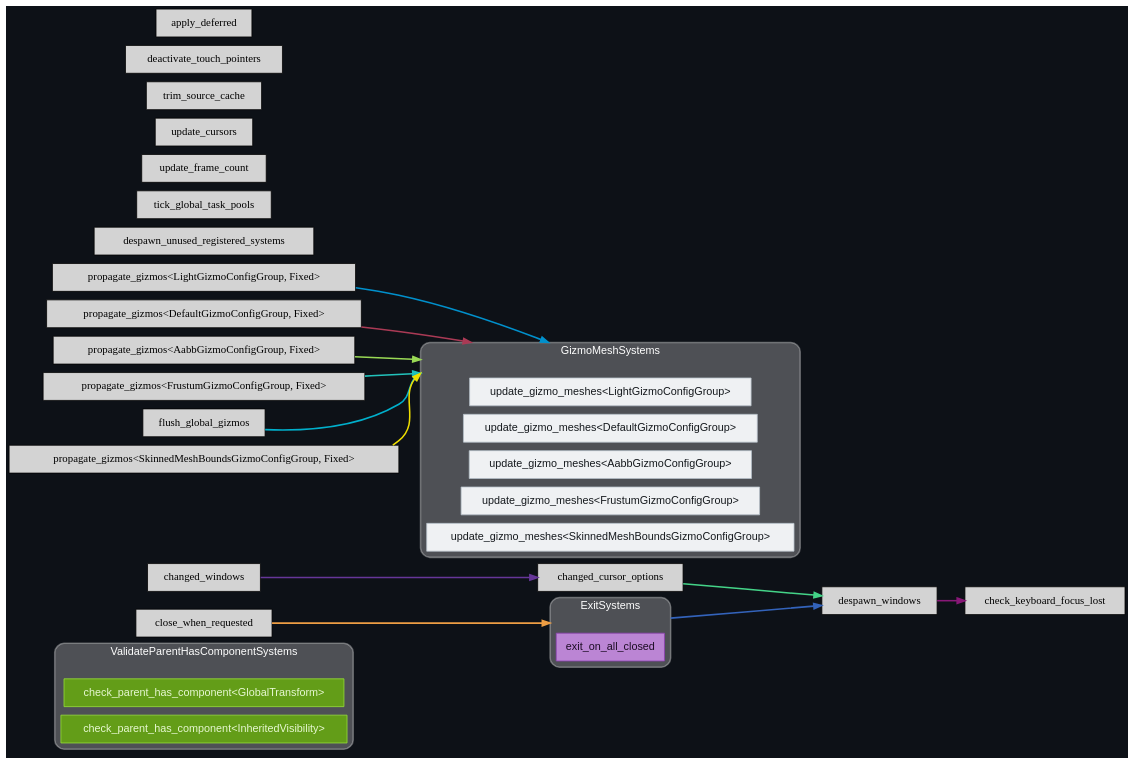
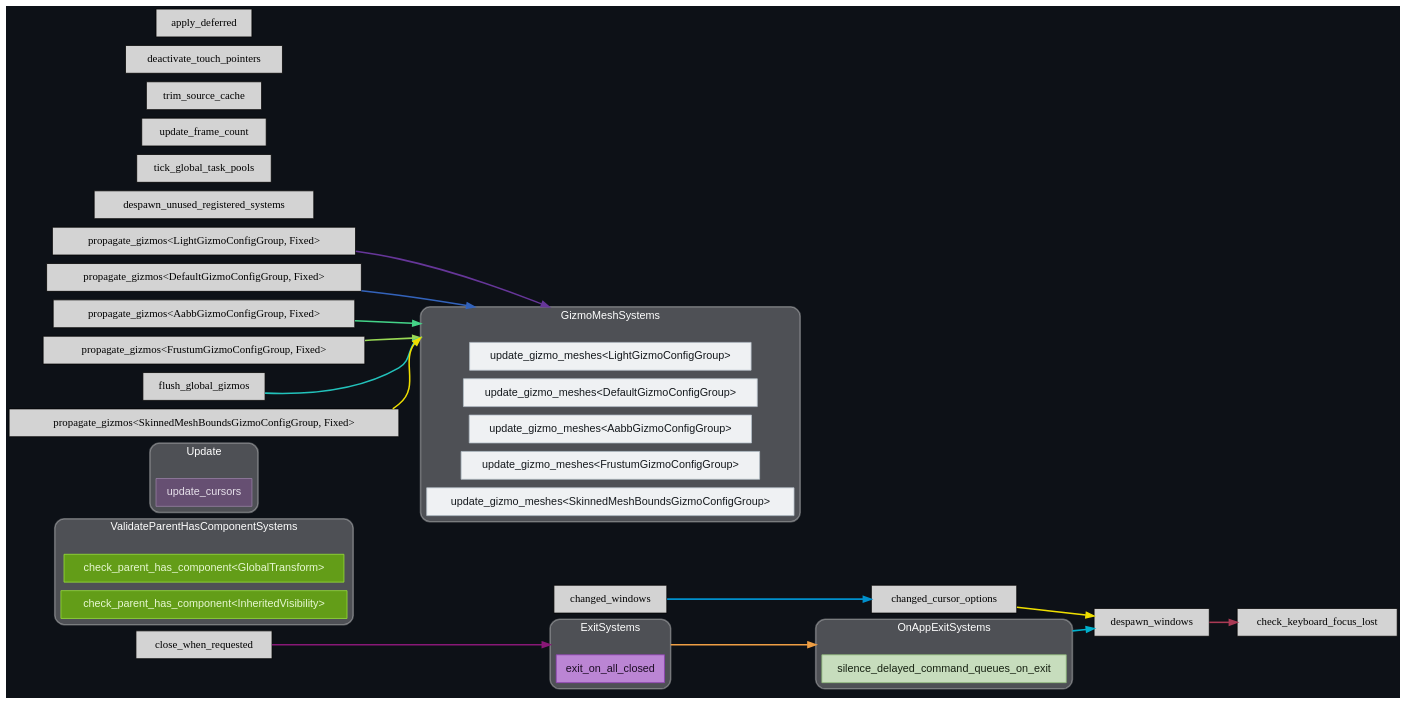
Before and after one commit to jakobhellermann/bevy_mod_debugdump: the diagram in docs/schedule/dark/schedule_Last.dot, drawn with Graphviz. The commit also changed 74 other files, not shown here.

```diff
--- a/docs/schedule/dark/schedule_Last.dot
+++ b/docs/schedule/dark/schedule_Last.dot
@@ -9,18 +9,30 @@
 	node ["shape"="box", "style"="filled"];
 	subgraph "clusternode_Set(SystemSetKey(5v1))" {
 		"style"="rounded,filled";
+		"label"="OnAppExitSystems";
+		"tooltip"="OnAppExitSystems";
+		"fillcolor"="#ffffff44";
+		"fontcolor"="#ffffff";
+		"color"="#ffffff50";
+		"penwidth"="2";
+		"set_marker_node_Set(SystemSetKey(5v1))" ["style"="invis", "label"="", "shape"="point"]
+		"node_System(SystemKey(4v1))" ["label"="silence_delayed_command_queues_on_exit", "tooltip"="bevy_time::delayed_commands::silence_delayed_command_queues_on_exit", "fillcolor"="#c7ddbd", "fontname"="Helvetica", "fontcolor"="#162111", "color"="#8dba79", "penwidth"="1"]
+	}
+	
+	subgraph "clusternode_Set(SystemSetKey(7v1))" {
+		"style"="rounded,filled";
 		"label"="ValidateParentHasComponentSystems";
 		"tooltip"="ValidateParentHasComponentSystems";
 		"fillcolor"="#ffffff44";
 		"fontcolor"="#ffffff";
 		"color"="#ffffff50";
 		"penwidth"="2";
-		"set_marker_node_Set(SystemSetKey(5v1))" ["style"="invis", "label"="", "shape"="point"]
-		"node_System(SystemKey(4v1))" ["label"="check_parent_has_component<GlobalTransform>", "tooltip"="bevy_app::hierarchy::check_parent_has_component<bevy_transform::components::global_transform::GlobalTransform>", "fillcolor"="#639d18", "fontname"="Helvetica", "fontcolor"="#e7f8d2", "color"="#98e03a", "penwidth"="1"]
-		"node_System(SystemKey(12v1))" ["label"="check_parent_has_component<InheritedVisibility>", "tooltip"="bevy_app::hierarchy::check_parent_has_component<bevy_camera::visibility::InheritedVisibility>", "fillcolor"="#639d18", "fontname"="Helvetica", "fontcolor"="#e7f8d2", "color"="#98e03a", "penwidth"="1"]
+		"set_marker_node_Set(SystemSetKey(7v1))" ["style"="invis", "label"="", "shape"="point"]
+		"node_System(SystemKey(5v1))" ["label"="check_parent_has_component<GlobalTransform>", "tooltip"="bevy_app::hierarchy::check_parent_has_component<bevy_transform::components::global_transform::GlobalTransform>", "fillcolor"="#639d18", "fontname"="Helvetica", "fontcolor"="#e7f8d2", "color"="#98e03a", "penwidth"="1"]
+		"node_System(SystemKey(13v1))" ["label"="check_parent_has_component<InheritedVisibility>", "tooltip"="bevy_app::hierarchy::check_parent_has_component<bevy_camera::visibility::InheritedVisibility>", "fillcolor"="#639d18", "fontname"="Helvetica", "fontcolor"="#e7f8d2", "color"="#98e03a", "penwidth"="1"]
 	}
 	
-	subgraph "clusternode_Set(SystemSetKey(7v1))" {
+	subgraph "clusternode_Set(SystemSetKey(9v1))" {
 		"style"="rounded,filled";
 		"label"="ExitSystems";
 		"tooltip"="ExitSystems";
@@ -28,11 +40,23 @@
 		"fontcolor"="#ffffff";
 		"color"="#ffffff50";
 		"penwidth"="2";
-		"set_marker_node_Set(SystemSetKey(7v1))" ["style"="invis", "label"="", "shape"="point"]
-		"node_System(SystemKey(5v1))" ["label"="exit_on_all_closed", "tooltip"="bevy_window::system::exit_on_all_closed", "fillcolor"="#bb85d4", "fontname"="Helvetica", "fontcolor"="#1d0d25", "color"="#8e3fb3", "penwidth"="1"]
+		"set_marker_node_Set(SystemSetKey(9v1))" ["style"="invis", "label"="", "shape"="point"]
+		"node_System(SystemKey(6v1))" ["label"="exit_on_all_closed", "tooltip"="bevy_window::system::exit_on_all_closed", "fillcolor"="#bb85d4", "fontname"="Helvetica", "fontcolor"="#1d0d25", "color"="#8e3fb3", "penwidth"="1"]
 	}
 	
 	subgraph "clusternode_Set(SystemSetKey(16v1))" {
+		"style"="rounded,filled";
+		"label"="Update";
+		"tooltip"="Update";
+		"fillcolor"="#ffffff44";
+		"fontcolor"="#ffffff";
+		"color"="#ffffff50";
+		"penwidth"="2";
+		"set_marker_node_Set(SystemSetKey(16v1))" ["style"="invis", "label"="", "shape"="point"]
+		"node_System(SystemKey(12v1))" ["label"="update_cursors", "tooltip"="bevy_winit::cursor::update_cursors", "fillcolor"="#664f72", "fontname"="Helvetica", "fontcolor"="#e6e0ea", "color"="#9980a6", "penwidth"="1"]
+	}
+	
+	subgraph "clusternode_Set(SystemSetKey(19v1))" {
 		"style"="rounded,filled";
 		"label"="GizmoMeshSystems";
 		"tooltip"="GizmoMeshSystems";
@@ -40,41 +64,41 @@
 		"fontcolor"="#ffffff";
 		"color"="#ffffff50";
 		"penwidth"="2";
-		"set_marker_node_Set(SystemSetKey(16v1))" ["style"="invis", "label"="", "shape"="point"]
-		"node_System(SystemKey(14v1))" ["label"="update_gizmo_meshes<LightGizmoConfigGroup>", "tooltip"="bevy_gizmos::update_gizmo_meshes<bevy_light::gizmos::LightGizmoConfigGroup>", "fillcolor"="#eff1f3", "fontname"="Helvetica", "fontcolor"="#15191d", "color"="#b4bec7", "penwidth"="1"]
-		"node_System(SystemKey(17v1))" ["label"="update_gizmo_meshes<DefaultGizmoConfigGroup>", "tooltip"="bevy_gizmos::update_gizmo_meshes<bevy_gizmos::config::DefaultGizmoConfigGroup>", "fillcolor"="#eff1f3", "fontname"="Helvetica", "fontcolor"="#15191d", "color"="#b4bec7", "penwidth"="1"]
-		"node_System(SystemKey(19v1))" ["label"="update_gizmo_meshes<AabbGizmoConfigGroup>", "tooltip"="bevy_gizmos::update_gizmo_meshes<bevy_gizmos::aabb::AabbGizmoConfigGroup>", "fillcolor"="#eff1f3", "fontname"="Helvetica", "fontcolor"="#15191d", "color"="#b4bec7", "penwidth"="1"]
-		"node_System(SystemKey(21v1))" ["label"="update_gizmo_meshes<FrustumGizmoConfigGroup>", "tooltip"="bevy_gizmos::update_gizmo_meshes<bevy_gizmos::frustum::FrustumGizmoConfigGroup>", "fillcolor"="#eff1f3", "fontname"="Helvetica", "fontcolor"="#15191d", "color"="#b4bec7", "penwidth"="1"]
-		"node_System(SystemKey(24v1))" ["label"="update_gizmo_meshes<SkinnedMeshBoundsGizmoConfigGroup>", "tooltip"="bevy_gizmos::update_gizmo_meshes<bevy_gizmos::skinned_mesh_bounds::SkinnedMeshBoundsGizmoConfigGroup>", "fillcolor"="#eff1f3", "fontname"="Helvetica", "fontcolor"="#15191d", "color"="#b4bec7", "penwidth"="1"]
+		"set_marker_node_Set(SystemSetKey(19v1))" ["style"="invis", "label"="", "shape"="point"]
+		"node_System(SystemKey(15v1))" ["label"="update_gizmo_meshes<LightGizmoConfigGroup>", "tooltip"="bevy_gizmos::update_gizmo_meshes<bevy_light::gizmos::LightGizmoConfigGroup>", "fillcolor"="#eff1f3", "fontname"="Helvetica", "fontcolor"="#15191d", "color"="#b4bec7", "penwidth"="1"]
+		"node_System(SystemKey(18v1))" ["label"="update_gizmo_meshes<DefaultGizmoConfigGroup>", "tooltip"="bevy_gizmos::update_gizmo_meshes<bevy_gizmos::config::DefaultGizmoConfigGroup>", "fillcolor"="#eff1f3", "fontname"="Helvetica", "fontcolor"="#15191d", "color"="#b4bec7", "penwidth"="1"]
+		"node_System(SystemKey(20v1))" ["label"="update_gizmo_meshes<AabbGizmoConfigGroup>", "tooltip"="bevy_gizmos::update_gizmo_meshes<bevy_gizmos::aabb::AabbGizmoConfigGroup>", "fillcolor"="#eff1f3", "fontname"="Helvetica", "fontcolor"="#15191d", "color"="#b4bec7", "penwidth"="1"]
+		"node_System(SystemKey(22v1))" ["label"="update_gizmo_meshes<FrustumGizmoConfigGroup>", "tooltip"="bevy_gizmos::update_gizmo_meshes<bevy_gizmos::frustum::FrustumGizmoConfigGroup>", "fillcolor"="#eff1f3", "fontname"="Helvetica", "fontcolor"="#15191d", "color"="#b4bec7", "penwidth"="1"]
+		"node_System(SystemKey(25v1))" ["label"="update_gizmo_meshes<SkinnedMeshBoundsGizmoConfigGroup>", "tooltip"="bevy_gizmos::update_gizmo_meshes<bevy_gizmos::skinned_mesh_bounds::SkinnedMeshBoundsGizmoConfigGroup>", "fillcolor"="#eff1f3", "fontname"="Helvetica", "fontcolor"="#15191d", "color"="#b4bec7", "penwidth"="1"]
 	}
 	
 	"node_System(SystemKey(1v1))" ["label"="despawn_unused_registered_systems", "tooltip"="bevy_ecs::system::system_registry::despawn_unused_registered_systems"]
 	"node_System(SystemKey(2v1))" ["label"="tick_global_task_pools", "tooltip"="bevy_app::task_pool_plugin::tick_global_task_pools"]
 	"node_System(SystemKey(3v1))" ["label"="update_frame_count", "tooltip"="bevy_diagnostic::frame_count::update_frame_count"]
-	"node_System(SystemKey(6v1))" ["label"="close_when_requested", "tooltip"="bevy_window::system::close_when_requested"]
-	"node_System(SystemKey(7v1))" ["label"="changed_windows", "tooltip"="bevy_winit::system::changed_windows"]
-	"node_System(SystemKey(8v1))" ["label"="changed_cursor_options", "tooltip"="bevy_winit::system::changed_cursor_options"]
-	"node_System(SystemKey(9v1))" ["label"="despawn_windows", "tooltip"="bevy_winit::system::despawn_windows"]
-	"node_System(SystemKey(10v1))" ["label"="check_keyboard_focus_lost", "tooltip"="bevy_winit::system::check_keyboard_focus_lost"]
-	"node_System(SystemKey(11v1))" ["label"="update_cursors", "tooltip"="bevy_winit::cursor::update_cursors"]
-	"node_System(SystemKey(13v1))" ["label"="propagate_gizmos<LightGizmoConfigGroup, Fixed>", "tooltip"="bevy_gizmos::propagate_gizmos<bevy_light::gizmos::LightGizmoConfigGroup, bevy_time::fixed::Fixed>"]
-	"node_System(SystemKey(15v1))" ["label"="trim_source_cache", "tooltip"="bevy_text::pipeline::trim_source_cache"]
-	"node_System(SystemKey(16v1))" ["label"="propagate_gizmos<DefaultGizmoConfigGroup, Fixed>", "tooltip"="bevy_gizmos::propagate_gizmos<bevy_gizmos::config::DefaultGizmoConfigGroup, bevy_time::fixed::Fixed>"]
-	"node_System(SystemKey(18v1))" ["label"="propagate_gizmos<AabbGizmoConfigGroup, Fixed>", "tooltip"="bevy_gizmos::propagate_gizmos<bevy_gizmos::aabb::AabbGizmoConfigGroup, bevy_time::fixed::Fixed>"]
-	"node_System(SystemKey(20v1))" ["label"="propagate_gizmos<FrustumGizmoConfigGroup, Fixed>", "tooltip"="bevy_gizmos::propagate_gizmos<bevy_gizmos::frustum::FrustumGizmoConfigGroup, bevy_time::fixed::Fixed>"]
-	"node_System(SystemKey(22v1))" ["label"="flush_global_gizmos", "tooltip"="bevy_gizmos::global::flush_global_gizmos"]
-	"node_System(SystemKey(23v1))" ["label"="propagate_gizmos<SkinnedMeshBoundsGizmoConfigGroup, Fixed>", "tooltip"="bevy_gizmos::propagate_gizmos<bevy_gizmos::skinned_mesh_bounds::SkinnedMeshBoundsGizmoConfigGroup, bevy_time::fixed::Fixed>"]
-	"node_System(SystemKey(25v1))" ["label"="deactivate_touch_pointers", "tooltip"="bevy_picking::input::deactivate_touch_pointers"]
-	"node_System(SystemKey(26v1))" ["label"="apply_deferred", "tooltip"="bevy_ecs::apply_deferred"]
-	"node_System(SystemKey(23v1))" -> "set_marker_node_Set(SystemSetKey(16v1))" ["lhead"="clusternode_Set(SystemSetKey(16v1))", "ltail"="", "tooltip"="propagate_gizmos<SkinnedMeshBoundsGizmoConfigGroup, Fixed> → GizmoMeshSystems", "color"="#eede00"]
-	"node_System(SystemKey(9v1))" -> "node_System(SystemKey(10v1))" ["lhead"="", "ltail"="", "tooltip"="despawn_windows → check_keyboard_focus_lost", "color"="#881877"]
-	"node_System(SystemKey(22v1))" -> "set_marker_node_Set(SystemSetKey(16v1))" ["lhead"="clusternode_Set(SystemSetKey(16v1))", "ltail"="", "tooltip"="flush_global_gizmos → GizmoMeshSystems", "color"="#00b0cc"]
-	"node_System(SystemKey(16v1))" -> "set_marker_node_Set(SystemSetKey(16v1))" ["lhead"="clusternode_Set(SystemSetKey(16v1))", "ltail"="", "tooltip"="propagate_gizmos<DefaultGizmoConfigGroup, Fixed> → GizmoMeshSystems", "color"="#aa3a55"]
-	"node_System(SystemKey(8v1))" -> "node_System(SystemKey(9v1))" ["lhead"="", "ltail"="", "tooltip"="changed_cursor_options → despawn_windows", "color"="#44d488"]
-	"node_System(SystemKey(13v1))" -> "set_marker_node_Set(SystemSetKey(16v1))" ["lhead"="clusternode_Set(SystemSetKey(16v1))", "ltail"="", "tooltip"="propagate_gizmos<LightGizmoConfigGroup, Fixed> → GizmoMeshSystems", "color"="#0090cc"]
-	"node_System(SystemKey(6v1))" -> "set_marker_node_Set(SystemSetKey(7v1))" ["lhead"="clusternode_Set(SystemSetKey(7v1))", "ltail"="", "tooltip"="close_when_requested → ExitSystems", "color"="#ee9e44"]
-	"node_System(SystemKey(7v1))" -> "node_System(SystemKey(8v1))" ["lhead"="", "ltail"="", "tooltip"="changed_windows → changed_cursor_options", "color"="#663699"]
-	"set_marker_node_Set(SystemSetKey(7v1))" -> "node_System(SystemKey(9v1))" ["lhead"="", "ltail"="clusternode_Set(SystemSetKey(7v1))", "tooltip"="ExitSystems → despawn_windows", "color"="#3363bb"]
-	"node_System(SystemKey(20v1))" -> "set_marker_node_Set(SystemSetKey(16v1))" ["lhead"="clusternode_Set(SystemSetKey(16v1))", "ltail"="", "tooltip"="propagate_gizmos<FrustumGizmoConfigGroup, Fixed> → GizmoMeshSystems", "color"="#22c2bb"]
-	"node_System(SystemKey(18v1))" -> "set_marker_node_Set(SystemSetKey(16v1))" ["lhead"="clusternode_Set(SystemSetKey(16v1))", "ltail"="", "tooltip"="propagate_gizmos<AabbGizmoConfigGroup, Fixed> → GizmoMeshSystems", "color"="#99d955"]
+	"node_System(SystemKey(7v1))" ["label"="close_when_requested", "tooltip"="bevy_window::system::close_when_requested"]
+	"node_System(SystemKey(8v1))" ["label"="changed_windows", "tooltip"="bevy_winit::system::changed_windows"]
+	"node_System(SystemKey(9v1))" ["label"="changed_cursor_options", "tooltip"="bevy_winit::system::changed_cursor_options"]
+	"node_System(SystemKey(10v1))" ["label"="despawn_windows", "tooltip"="bevy_winit::system::despawn_windows"]
+	"node_System(SystemKey(11v1))" ["label"="check_keyboard_focus_lost", "tooltip"="bevy_winit::system::check_keyboard_focus_lost"]
+	"node_System(SystemKey(14v1))" ["label"="propagate_gizmos<LightGizmoConfigGroup, Fixed>", "tooltip"="bevy_gizmos::propagate_gizmos<bevy_light::gizmos::LightGizmoConfigGroup, bevy_time::fixed::Fixed>"]
+	"node_System(SystemKey(16v1))" ["label"="trim_source_cache", "tooltip"="bevy_text::pipeline::trim_source_cache"]
+	"node_System(SystemKey(17v1))" ["label"="propagate_gizmos<DefaultGizmoConfigGroup, Fixed>", "tooltip"="bevy_gizmos::propagate_gizmos<bevy_gizmos::config::DefaultGizmoConfigGroup, bevy_time::fixed::Fixed>"]
+	"node_System(SystemKey(19v1))" ["label"="propagate_gizmos<AabbGizmoConfigGroup, Fixed>", "tooltip"="bevy_gizmos::propagate_gizmos<bevy_gizmos::aabb::AabbGizmoConfigGroup, bevy_time::fixed::Fixed>"]
+	"node_System(SystemKey(21v1))" ["label"="propagate_gizmos<FrustumGizmoConfigGroup, Fixed>", "tooltip"="bevy_gizmos::propagate_gizmos<bevy_gizmos::frustum::FrustumGizmoConfigGroup, bevy_time::fixed::Fixed>"]
+	"node_System(SystemKey(23v1))" ["label"="flush_global_gizmos", "tooltip"="bevy_gizmos::global::flush_global_gizmos"]
+	"node_System(SystemKey(24v1))" ["label"="propagate_gizmos<SkinnedMeshBoundsGizmoConfigGroup, Fixed>", "tooltip"="bevy_gizmos::propagate_gizmos<bevy_gizmos::skinned_mesh_bounds::SkinnedMeshBoundsGizmoConfigGroup, bevy_time::fixed::Fixed>"]
+	"node_System(SystemKey(26v1))" ["label"="deactivate_touch_pointers", "tooltip"="bevy_picking::input::deactivate_touch_pointers"]
+	"node_System(SystemKey(27v1))" ["label"="apply_deferred", "tooltip"="bevy_ecs::apply_deferred"]
+	"node_System(SystemKey(9v1))" -> "node_System(SystemKey(10v1))" ["lhead"="", "ltail"="", "tooltip"="changed_cursor_options → despawn_windows", "color"="#eede00"]
+	"node_System(SystemKey(7v1))" -> "set_marker_node_Set(SystemSetKey(9v1))" ["lhead"="clusternode_Set(SystemSetKey(9v1))", "ltail"="", "tooltip"="close_when_requested → ExitSystems", "color"="#881877"]
+	"set_marker_node_Set(SystemSetKey(5v1))" -> "node_System(SystemKey(10v1))" ["lhead"="", "ltail"="clusternode_Set(SystemSetKey(5v1))", "tooltip"="OnAppExitSystems → despawn_windows", "color"="#00b0cc"]
+	"node_System(SystemKey(10v1))" -> "node_System(SystemKey(11v1))" ["lhead"="", "ltail"="", "tooltip"="despawn_windows → check_keyboard_focus_lost", "color"="#aa3a55"]
+	"node_System(SystemKey(19v1))" -> "set_marker_node_Set(SystemSetKey(19v1))" ["lhead"="clusternode_Set(SystemSetKey(19v1))", "ltail"="", "tooltip"="propagate_gizmos<AabbGizmoConfigGroup, Fixed> → GizmoMeshSystems", "color"="#44d488"]
+	"node_System(SystemKey(8v1))" -> "node_System(SystemKey(9v1))" ["lhead"="", "ltail"="", "tooltip"="changed_windows → changed_cursor_options", "color"="#0090cc"]
+	"set_marker_node_Set(SystemSetKey(9v1))" -> "set_marker_node_Set(SystemSetKey(5v1))" ["lhead"="clusternode_Set(SystemSetKey(5v1))", "ltail"="clusternode_Set(SystemSetKey(9v1))", "tooltip"="ExitSystems → OnAppExitSystems", "color"="#ee9e44"]
+	"node_System(SystemKey(14v1))" -> "set_marker_node_Set(SystemSetKey(19v1))" ["lhead"="clusternode_Set(SystemSetKey(19v1))", "ltail"="", "tooltip"="propagate_gizmos<LightGizmoConfigGroup, Fixed> → GizmoMeshSystems", "color"="#663699"]
+	"node_System(SystemKey(17v1))" -> "set_marker_node_Set(SystemSetKey(19v1))" ["lhead"="clusternode_Set(SystemSetKey(19v1))", "ltail"="", "tooltip"="propagate_gizmos<DefaultGizmoConfigGroup, Fixed> → GizmoMeshSystems", "color"="#3363bb"]
+	"node_System(SystemKey(23v1))" -> "set_marker_node_Set(SystemSetKey(19v1))" ["lhead"="clusternode_Set(SystemSetKey(19v1))", "ltail"="", "tooltip"="flush_global_gizmos → GizmoMeshSystems", "color"="#22c2bb"]
+	"node_System(SystemKey(21v1))" -> "set_marker_node_Set(SystemSetKey(19v1))" ["lhead"="clusternode_Set(SystemSetKey(19v1))", "ltail"="", "tooltip"="propagate_gizmos<FrustumGizmoConfigGroup, Fixed> → GizmoMeshSystems", "color"="#99d955"]
+	"node_System(SystemKey(24v1))" -> "set_marker_node_Set(SystemSetKey(19v1))" ["lhead"="clusternode_Set(SystemSetKey(19v1))", "ltail"="", "tooltip"="propagate_gizmos<SkinnedMeshBoundsGizmoConfigGroup, Fixed> → GizmoMeshSystems", "color"="#eede00"]
 }
```
